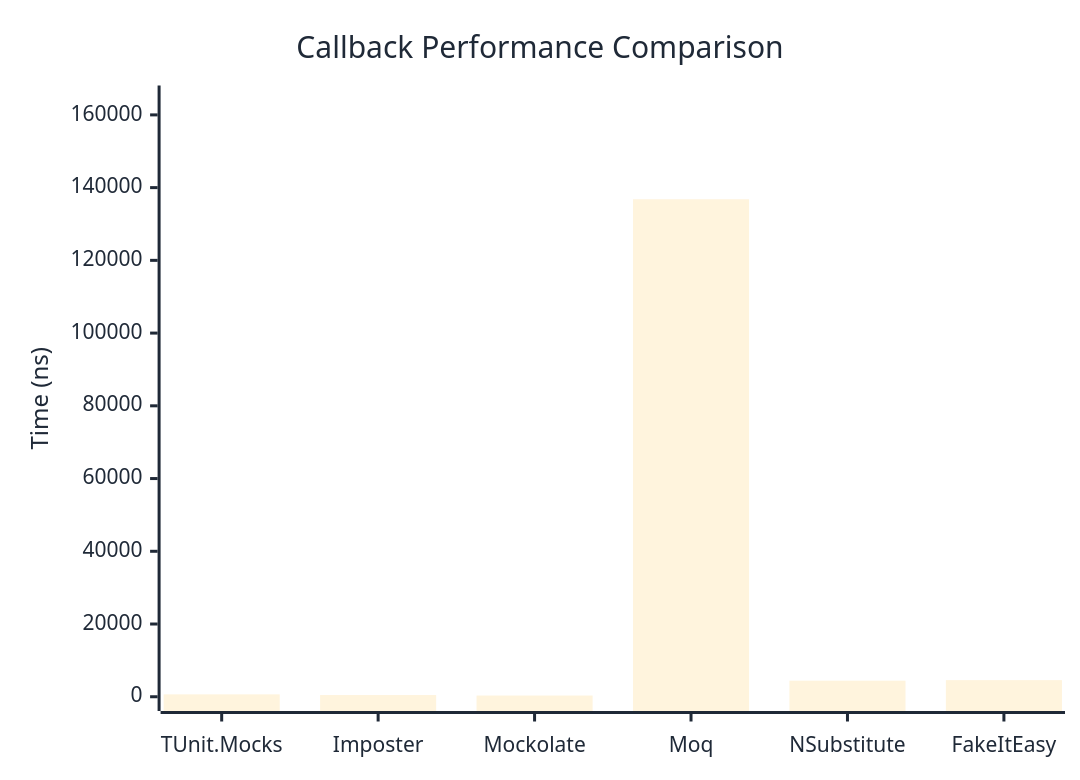
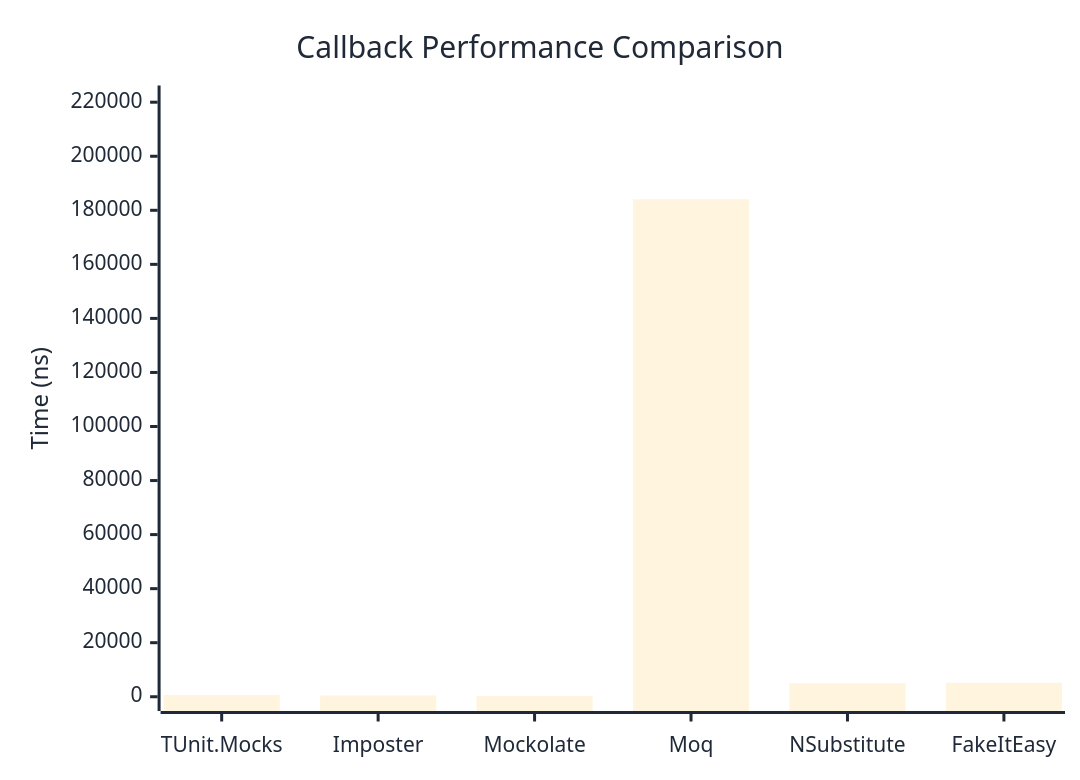
One commit to thomhurst/TUnit changed the first of 2 diagrams in docs/docs/benchmarks/mocks/Callback.md. Above: the diagram before and after it, drawn with Mermaid. The commit also changed other lines of this file and 14 other files, not shown here.

````diff
--- a/docs/docs/benchmarks/mocks/Callback.md
+++ b/docs/docs/benchmarks/mocks/Callback.md
@@ -30,27 +30,27 @@
 ```mermaid
 %%{init: {
   'theme':'base',
   'themeVariables': {
     'primaryColor': '#2563eb',
     'primaryTextColor': '#1f2937',
     'primaryBorderColor': '#1e40af',
     'lineColor': '#6b7280',
     'secondaryColor': '#7c3aed',
     'tertiaryColor': '#dc2626',
     'background': '#ffffff',
     'pie1': '#2563eb',
     'pie2': '#7c3aed',
     'pie3': '#dc2626',
     'pie4': '#f59e0b',
     'pie5': '#10b981',
     'pie6': '#06b6d4',
     'pie7': '#ec4899',
     'pie8': '#6366f1'
   }
 }}%%
 xychart-beta
   title "Callback Performance Comparison"
   x-axis ["TUnit.Mocks", "Imposter", "Mockolate", "Moq", "NSubstitute", "FakeItEasy"]
-  y-axis "Time (ns)" 0 --> 164164
-  bar [654.2, 470.9, 336.7, 136803, 4419.8, 4571.1]
+  y-axis "Time (ns)" 0 --> 220908
+  bar [656.4, 452.5, 336, 184089.9, 5006.9, 5157]
 ```
````
